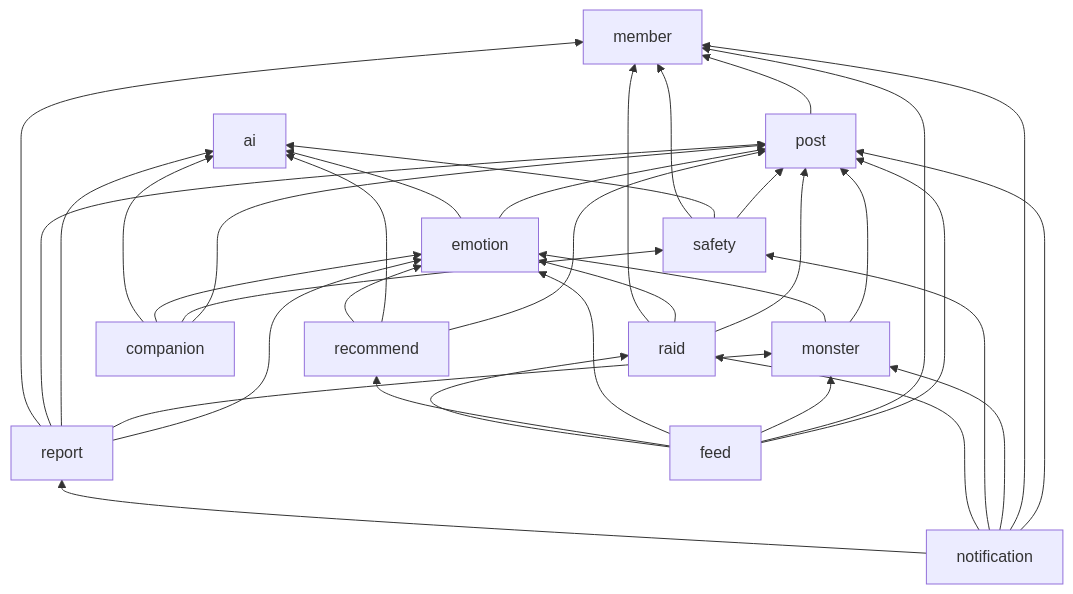
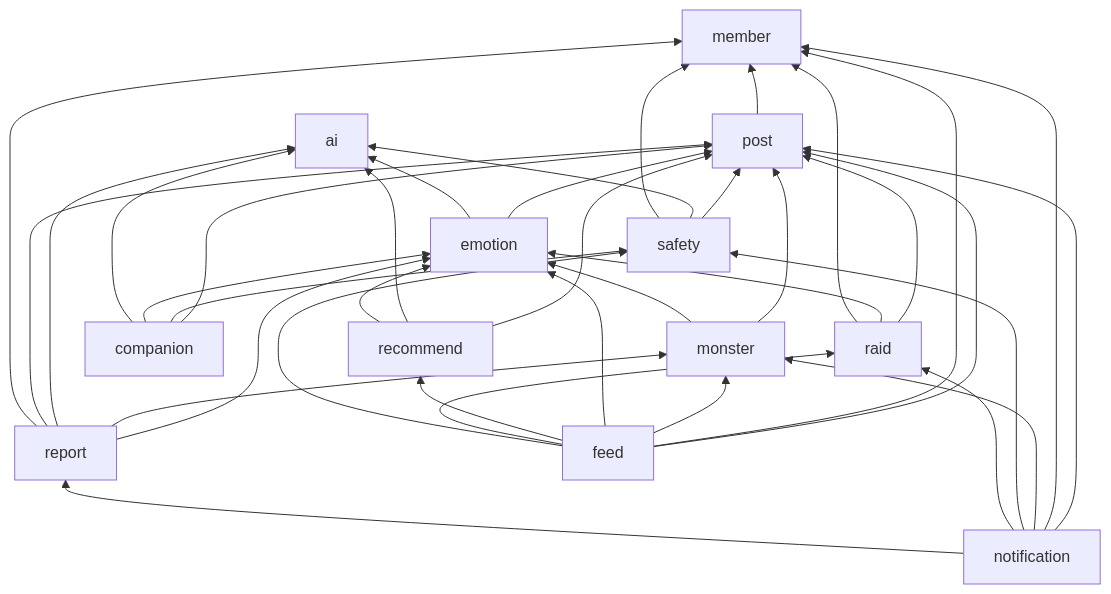
The second of 5 diagrams in docs/architecture/overview.md (hyunolike/5959), drawn with Mermaid before and after one commit. The commit also changed other lines of this file and 44 other files, not shown here.

````diff
--- a/docs/architecture/overview.md
+++ b/docs/architecture/overview.md
@@ -136,38 +136,39 @@
 ```mermaid
 flowchart BT
     post --> member
     emotion --> post
     emotion --> ai
     safety --> post
     safety --> ai
     safety --> member
     recommend --> post
     recommend --> ai
     recommend --> emotion
     monster --> post
     monster --> emotion
     raid --> post
     raid --> emotion
     raid --> member
     report --> emotion
     report --> monster
     report --> ai
     report --> post
     report --> member
     companion --> post
     companion --> safety
     companion --> emotion
     companion --> ai
     notification --> post
     notification --> member
     notification --> monster
     notification --> safety
     notification --> raid
     notification --> report
     feed --> post
     feed --> member
     feed --> monster
     feed --> emotion
     feed --> recommend
     feed --> raid
+    feed --> safety
 ```
````
